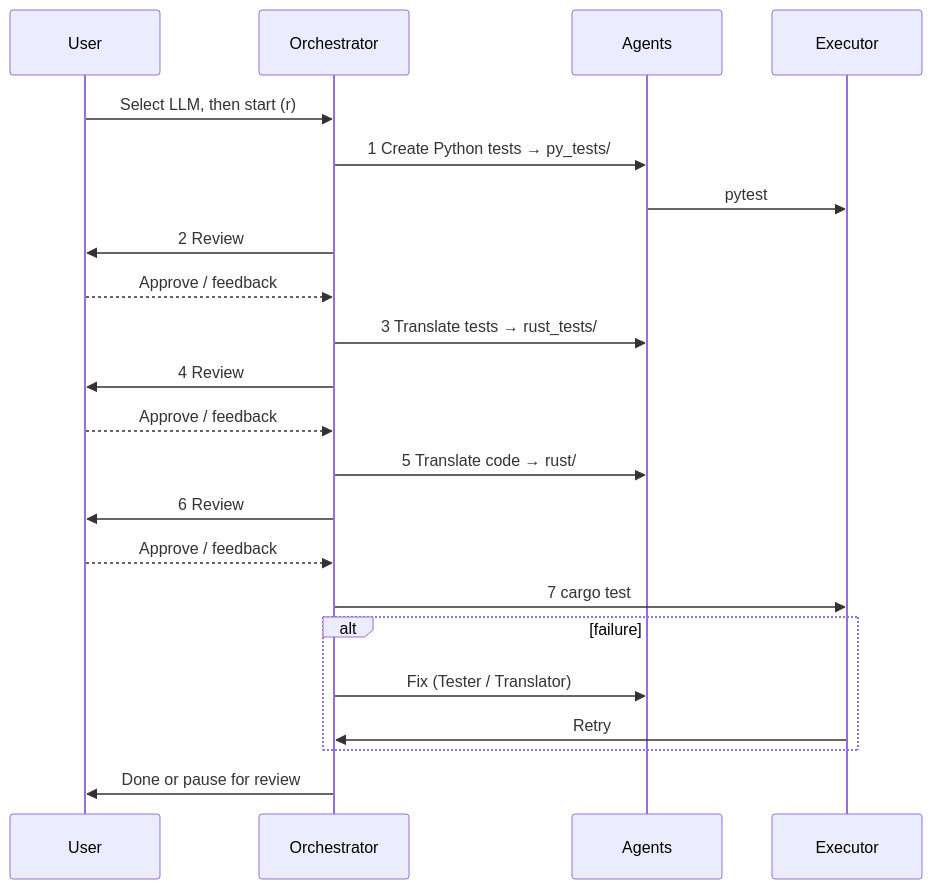
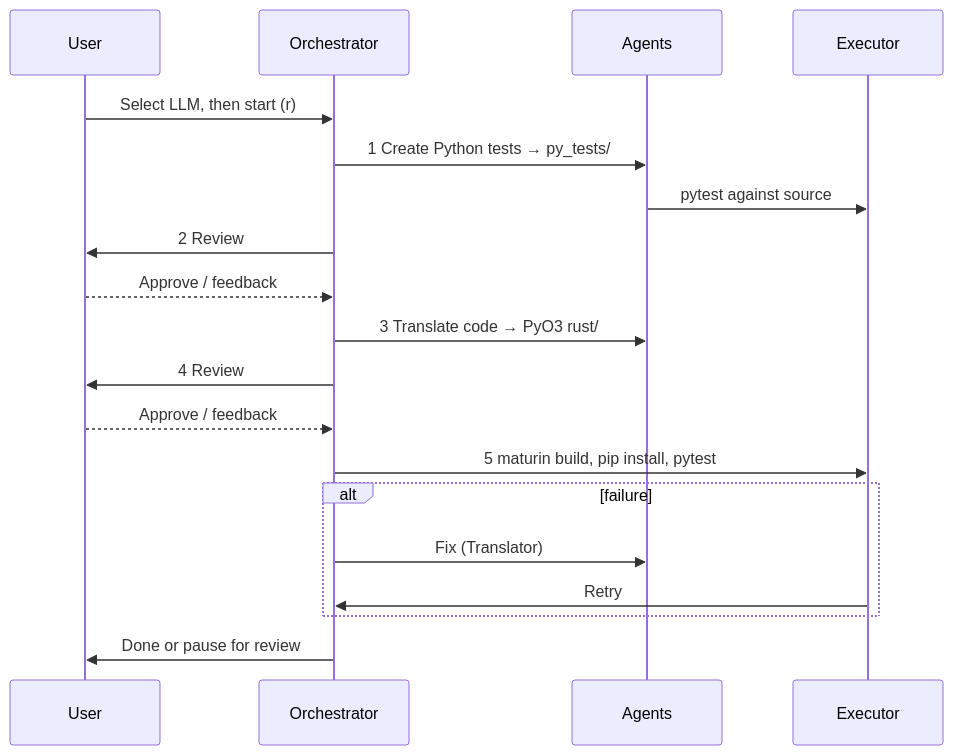
Before and after one commit to Haaparanta/AaltoAI-Ai-For-Good: the second of 2 diagrams in README.md, drawn with Mermaid. The commit also changed other lines of this file and 25 other files, not shown here.

First line of the commit message:
Reuse pytest for Rust validation via PyO3 and maturin.

````diff
--- a/README.md
+++ b/README.md
@@ -57,25 +52,22 @@
 ```mermaid
 sequenceDiagram
     participant U as User
     participant O as Orchestrator
     participant A as Agents
     participant E as Executor
 
     U->>O: Select LLM, then start (r)
     O->>A: 1 Create Python tests → py_tests/
-    A->>E: pytest
+    A->>E: pytest against source
     O->>U: 2 Review
     U-->>O: Approve / feedback
-    O->>A: 3 Translate tests → rust_tests/
+    O->>A: 3 Translate code → PyO3 rust/
     O->>U: 4 Review
     U-->>O: Approve / feedback
-    O->>A: 5 Translate code → rust/
-    O->>U: 6 Review
-    U-->>O: Approve / feedback
-    O->>E: 7 cargo test
+    O->>E: 5 maturin build, pip install, pytest
     alt failure
-        O->>A: Fix (Tester / Translator)
+        O->>A: Fix (Translator)
         E->>O: Retry
     end
     O->>U: Done or pause for review
 ```
````
